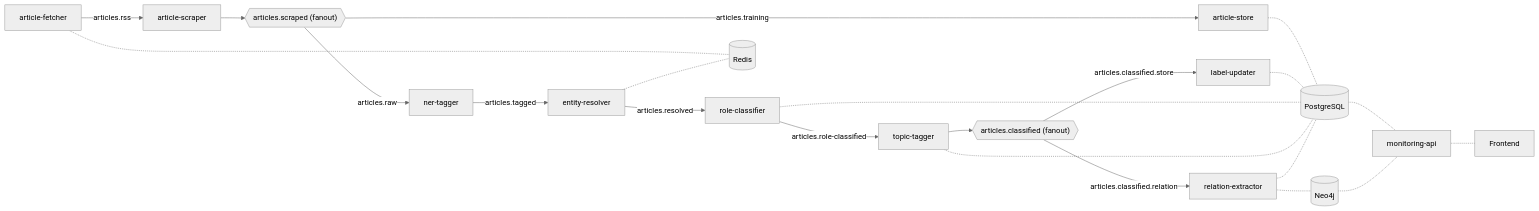
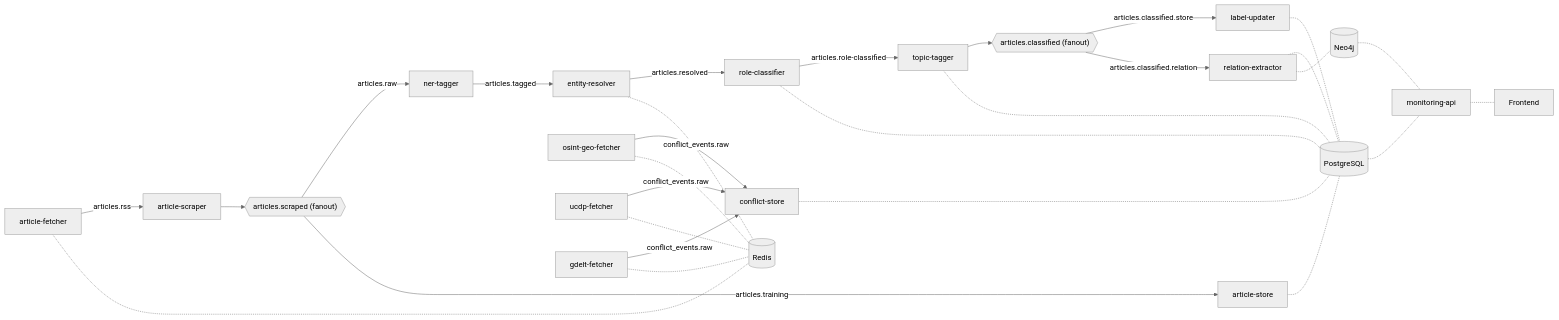
One commit to hephaistos-io/alexandria changed the diagram in README.md. Above: the diagram before and after it, drawn with Mermaid (neutral theme). The commit also changed other lines of this file and 11 other files, not shown here.

````diff
--- a/README.md
+++ b/README.md
@@ -47,29 +48,37 @@
 ```mermaid
 flowchart LR
     FETCH["article-fetcher"] -- articles.rss --> SCRAPE["article-scraper"]
 
     SCRAPE --> FO1{{"articles.scraped (fanout)"}}
     FO1 -- articles.raw --> NER["ner-tagger"]
     FO1 -- articles.training --> STORE["article-store"]
 
     NER -- articles.tagged --> RESOLVE["entity-resolver"]
     RESOLVE -- articles.resolved --> ROLE["role-classifier"]
     ROLE -- articles.role-classified --> TOPIC["topic-tagger"]
 
     TOPIC --> FO2{{"articles.classified (fanout)"}}
     FO2 -- articles.classified.store --> LABEL["label-updater"]
     FO2 -- articles.classified.relation --> RELEXT["relation-extractor"]
 
+    OSINT["osint-geo-fetcher"] -- conflict_events.raw --> CSTORE["conflict-store"]
+    UCDP["ucdp-fetcher"] -- conflict_events.raw --> CSTORE
+    GDELT["gdelt-fetcher"] -- conflict_events.raw --> CSTORE
+
     FETCH -.- RED[("Redis")]
+    OSINT -.- RED
+    UCDP -.- RED
+    GDELT -.- RED
     RESOLVE -.- RED
     STORE -.- PG[("PostgreSQL")]
     LABEL -.- PG
     ROLE -.- PG
     TOPIC -.- PG
     RELEXT -.- PG
+    CSTORE -.- PG
     RELEXT -.- NEO[("Neo4j")]
 
     PG -.- API["monitoring-api"]
     NEO -.- API
     API -.- FE["Frontend"]
 ```
````
